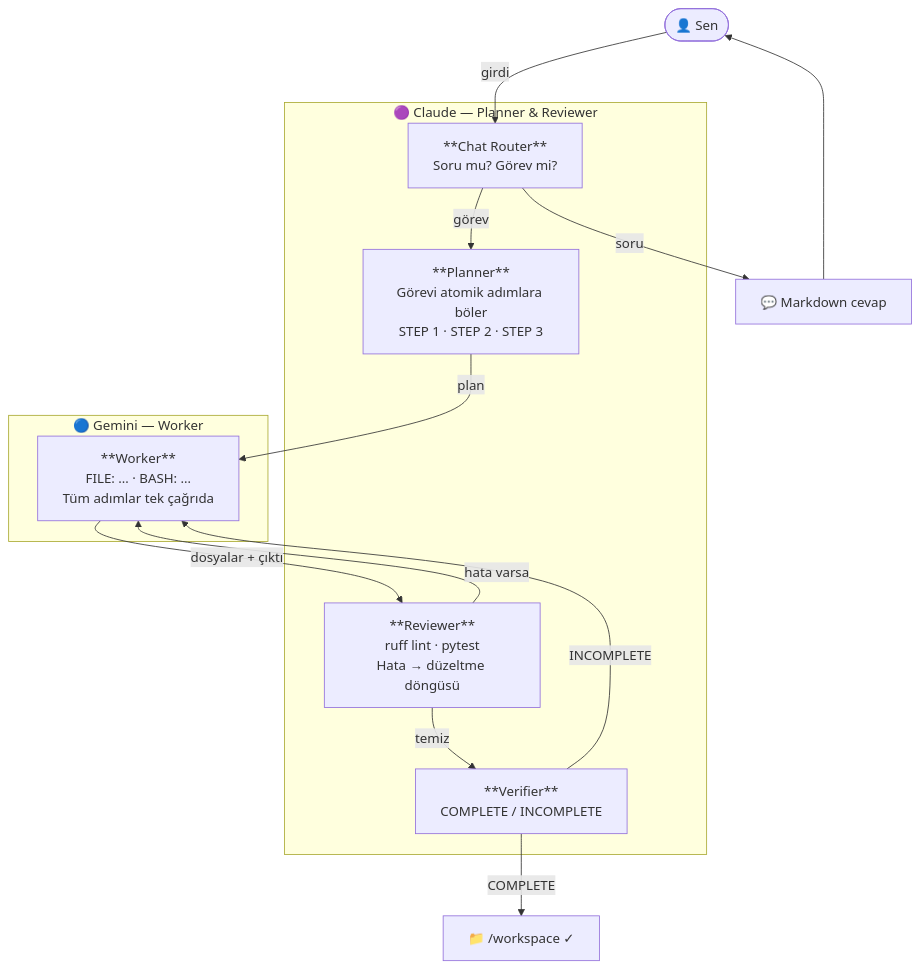
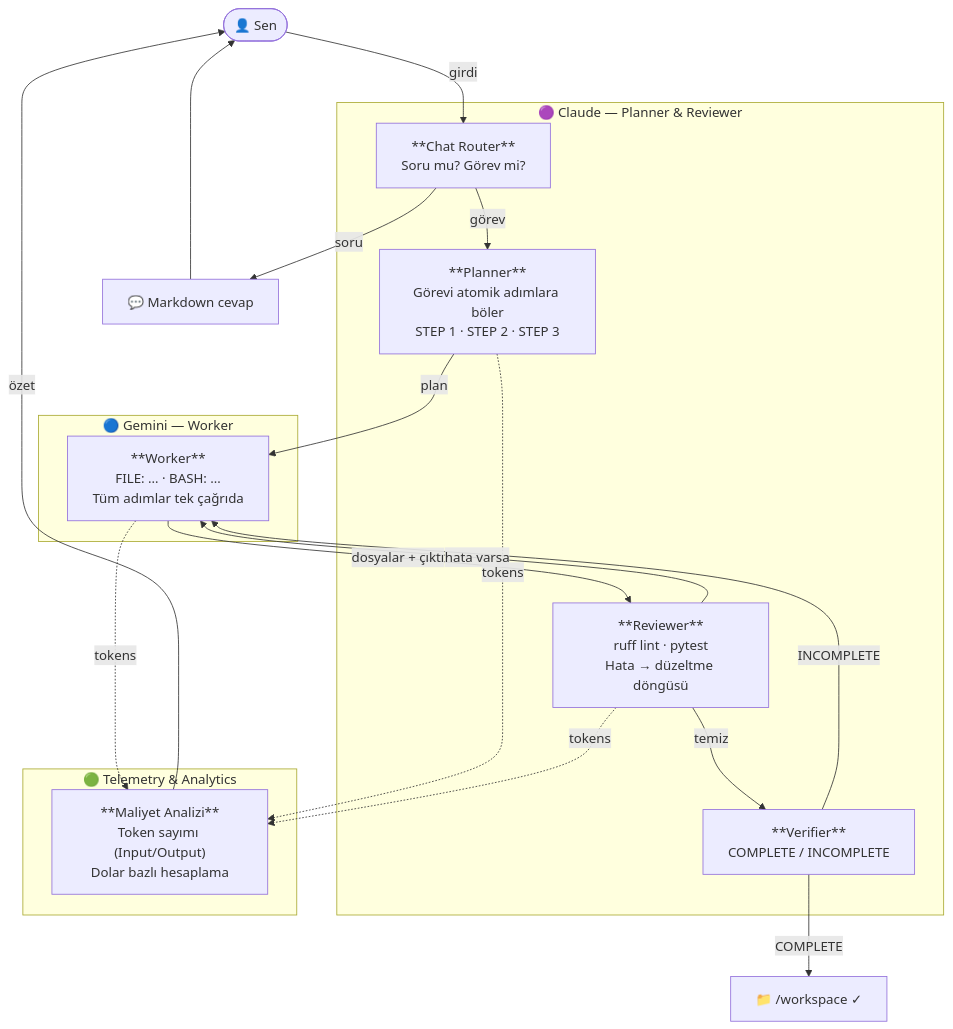
One commit to Mustafkgl/myAgent changed the diagram in README.md. Above: the diagram before and after it, drawn with Mermaid. The commit also changed other lines of this file and 8 other files, not shown here.

````diff
--- a/README.md
+++ b/README.md
@@ -45,37 +49,48 @@
 ```mermaid
 flowchart TD
     User(["👤 Sen"])
 
     subgraph claude ["🟣 Claude  —  Planner & Reviewer"]
         Chat["**Chat Router**
 Soru mu? Görev mi?"]
         Planner["**Planner**
 Görevi atomik adımlara böler
 STEP 1 · STEP 2 · STEP 3"]
         Reviewer["**Reviewer**
 ruff lint · pytest
 Hata → düzeltme döngüsü"]
         Verifier["**Verifier**
 COMPLETE / INCOMPLETE"]
     end
 
     subgraph gemini ["🔵 Gemini  —  Worker"]
         Worker["**Worker**
 FILE: … · BASH: …
 Tüm adımlar tek çağrıda"]
     end
 
+    subgraph telemetry ["🟢 Telemetry & Analytics"]
+        Costs["**Maliyet Analizi**
+Token sayımı (Input/Output)
+Dolar bazlı hesaplama"]
+    end
+
     Answer["💬 Markdown cevap"]
     Workspace["📁 /workspace  ✓"]
 
     User -->|girdi| Chat
     Chat -->|soru| Answer
     Answer --> User
     Chat -->|görev| Planner
     Planner -->|plan| Worker
     Worker -->|dosyalar + çıktı| Reviewer
     Reviewer -->|hata varsa| Worker
     Reviewer -->|temiz| Verifier
     Verifier -->|INCOMPLETE| Worker
     Verifier -->|COMPLETE| Workspace
+
+    Planner -.->|tokens| Costs
+    Worker -.->|tokens| Costs
+    Reviewer -.->|tokens| Costs
+    Costs -->|özet| User
 ```
````
